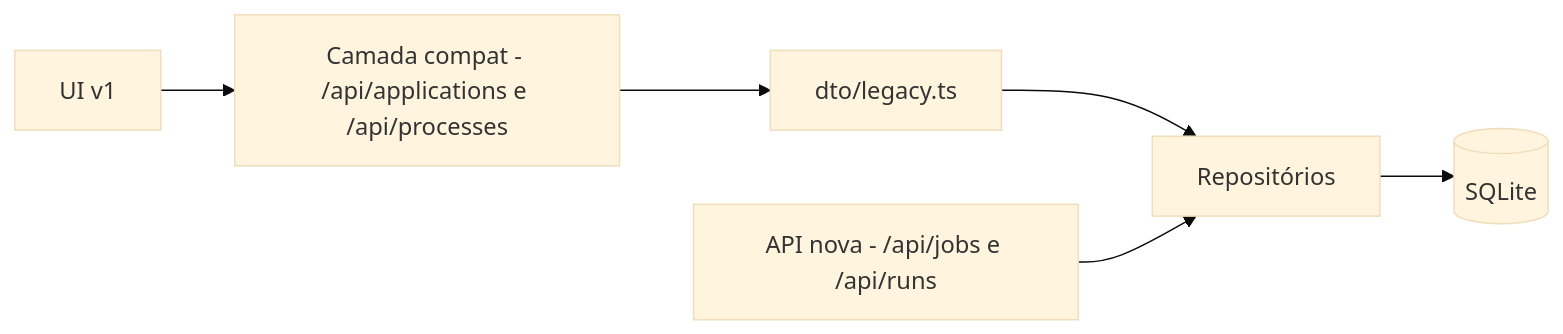
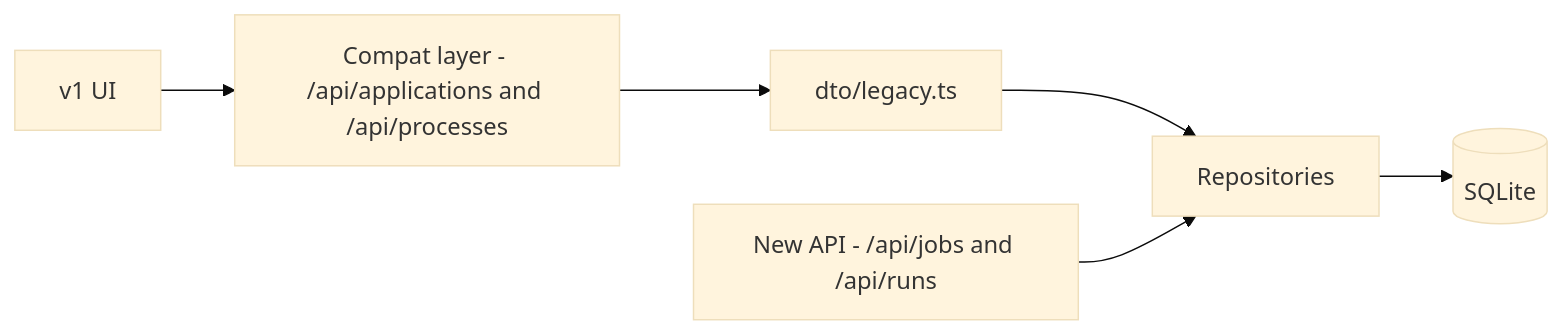
The sixth of 7 diagrams in docs/architecture.md (HDias/job-search), drawn with Mermaid (base theme) before and after one commit. The commit also changed other lines of this file and 29 other files, not shown here.

````diff
--- a/docs/architecture.md
+++ b/docs/architecture.md
@@ -194,15 +194,15 @@
 ```mermaid
 flowchart LR
-  V1UI["UI v1"]
-  NEW["API nova - /api/jobs e /api/runs"]
-  COMPAT["Camada compat - /api/applications e /api/processes"]
+  V1UI["v1 UI"]
+  NEW["New API - /api/jobs and /api/runs"]
+  COMPAT["Compat layer - /api/applications and /api/processes"]
   DTO["dto/legacy.ts"]
-  REPO["Repositórios"]
+  REPO["Repositories"]
   DB[("SQLite")]
 
   V1UI --> COMPAT
   COMPAT --> DTO
   DTO --> REPO
   NEW --> REPO
   REPO --> DB
 ```
````
